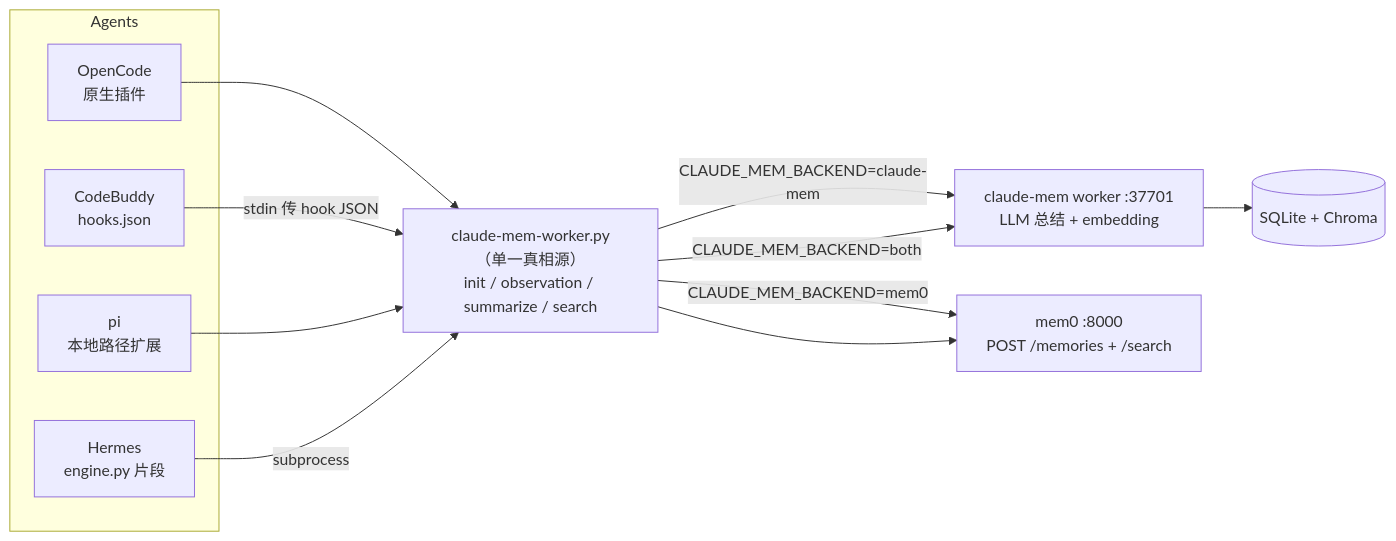
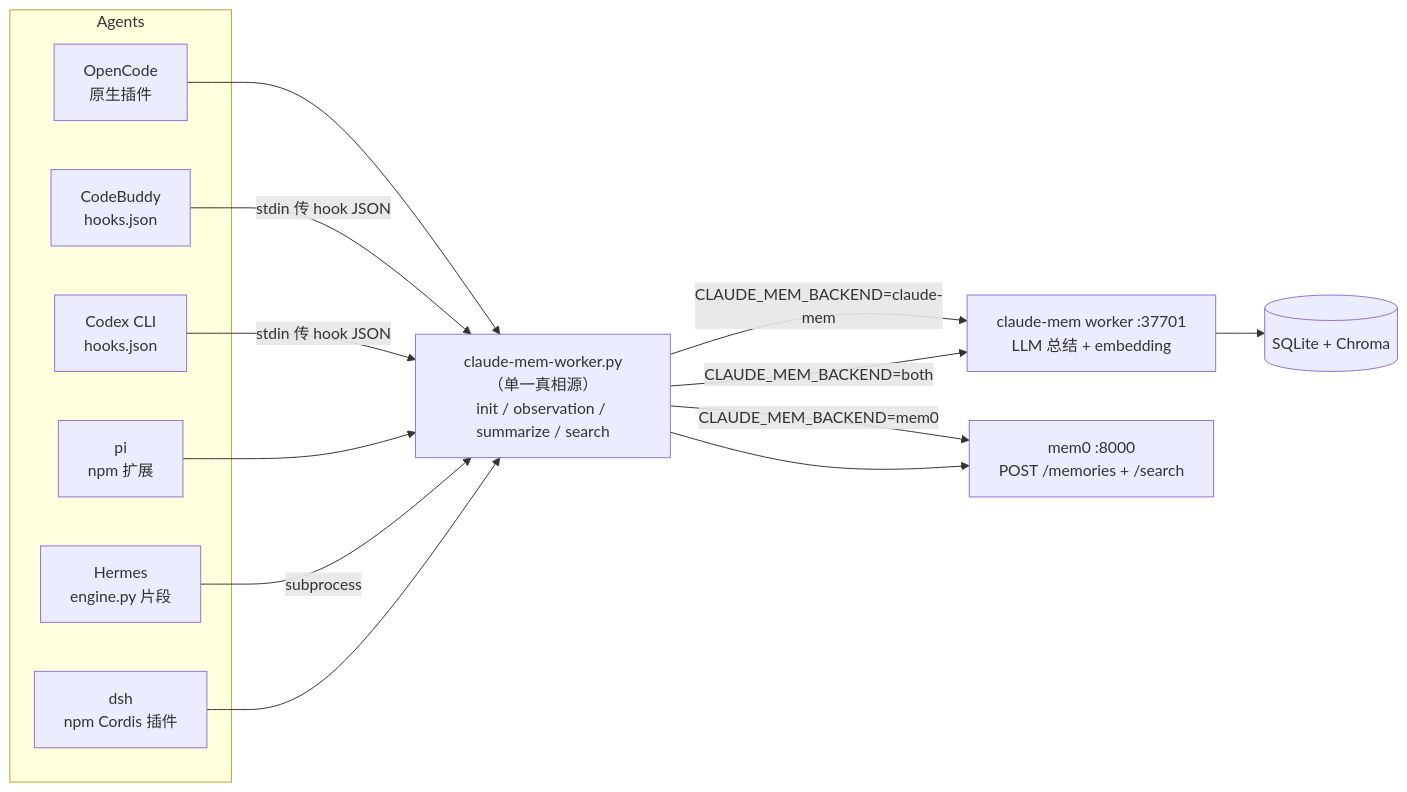
Before and after one commit to camplus360/agent-memory-bridge: the diagram in README.zh-CN.md, drawn with Mermaid. The commit also changed other lines of this file and 11 other files, not shown here.

First line of the commit message:
feat(codex): add Codex CLI hook adapter with trust-aware installer + docs/tests

````diff
--- a/README.zh-CN.md
+++ b/README.zh-CN.md
@@ -50,23 +51,27 @@
 ```mermaid
 flowchart LR
     subgraph Agents
         OC[OpenCode<br/>原生插件]
         CB[CodeBuddy<br/>hooks.json]
-        PI[pi<br/>本地路径扩展]
+        CD[Codex CLI<br/>hooks.json]
+        PI[pi<br/>npm 扩展]
         HM[Hermes<br/>engine.py 片段]
+        DSH[dsh<br/>npm Cordis 插件]
     end
 
     OC --> W
     CB -->|stdin 传 hook JSON| W
+    CD -->|stdin 传 hook JSON| W
     PI --> W
     HM -->|subprocess| W
+    DSH --> W
 
     W["claude-mem-worker.py<br/>（单一真相源）<br/>init / observation / summarize / search"]
 
     W -->|CLAUDE_MEM_BACKEND=claude-mem| CM["claude-mem worker :37701<br/>LLM 总结 + embedding"]
     W -->|CLAUDE_MEM_BACKEND=mem0| M0["mem0 :8000<br/>POST /memories + /search"]
     W -->|CLAUDE_MEM_BACKEND=both| CM
     W --> M0
 
     CM --> DB[("SQLite + Chroma")]
 ```
````
